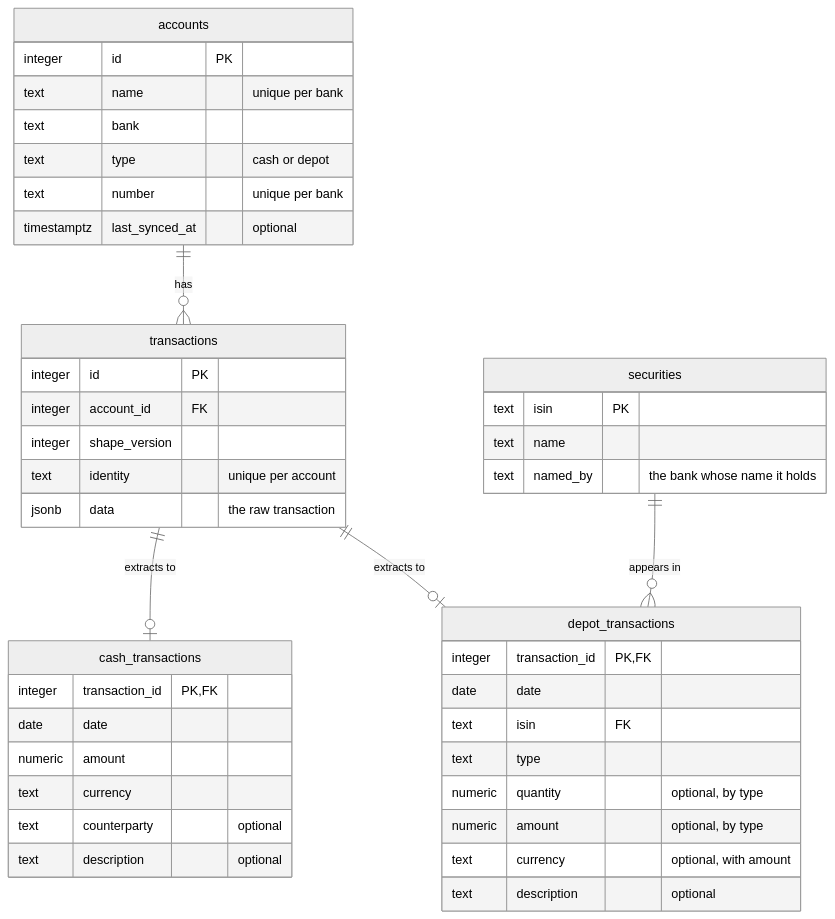
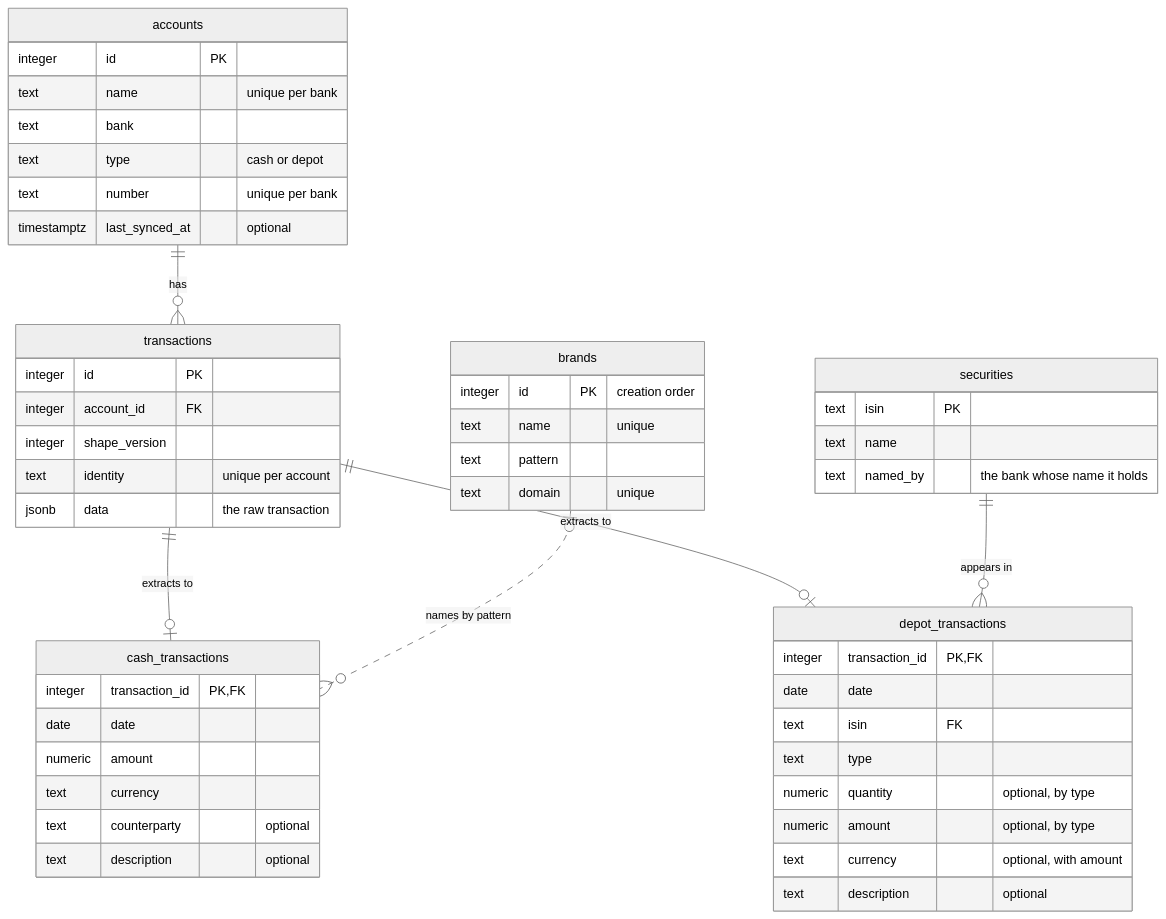
Before and after one commit to lennartmoeller/finance-tracker: the diagram in docs/data-model.md, drawn with Mermaid (neutral theme). The commit also changed other lines of this file and 7 other files, not shown here.

Commit message:
feat: add brands support with schema, data model, and transaction integration

````diff
--- a/docs/data-model.md
+++ b/docs/data-model.md
@@ -5,46 +5,53 @@
 ```mermaid
 erDiagram
   accounts ||--o{ transactions : "has"
   transactions ||--o| cash_transactions : "extracts to"
   transactions ||--o| depot_transactions : "extracts to"
   securities ||--o{ depot_transactions : "appears in"
+  brands |o..o{ cash_transactions : "names by pattern"
 
   accounts {
     integer id PK
     text name "unique per bank"
     text bank
     text type "cash or depot"
     text number "unique per bank"
     timestamptz last_synced_at "optional"
   }
   transactions {
     integer id PK
     integer account_id FK
     integer shape_version
     text identity "unique per account"
     jsonb data "the raw transaction"
   }
   securities {
     text isin PK
     text name
     text named_by "the bank whose name it holds"
   }
   cash_transactions {
     integer transaction_id PK, FK
     date date
     numeric amount
     text currency
     text counterparty "optional"
     text description "optional"
   }
+  brands {
+    integer id PK "creation order"
+    text name "unique"
+    text pattern
+    text domain "unique"
+  }
   depot_transactions {
     integer transaction_id PK, FK
     date date
     text isin FK
     text type
     numeric quantity "optional, by type"
     numeric amount "optional, by type"
     text currency "optional, with amount"
     text description "optional"
   }
 ```
````
